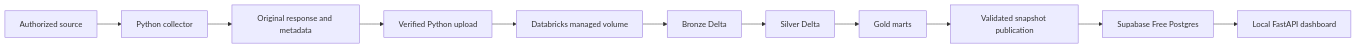
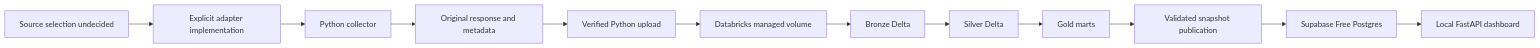
The second of 2 diagrams in docs/architecture.MD (PejaLattrell/QueryWork-PH), drawn with Mermaid before and after one commit. The commit also changed other lines of this file and 27 other files, not shown here.

````diff
--- a/docs/architecture.MD
+++ b/docs/architecture.MD
@@ -26,13 +23,14 @@
 ```mermaid
 flowchart LR
-    Source[Authorized source] --> Collect[Python collector]
+    Select[Source selection undecided] --> Adapter[Explicit adapter implementation]
+    Adapter --> Collect[Python collector]
     Collect --> Raw[Original response and metadata]
     Raw --> Upload[Verified Python upload]
     Upload --> Landing[Databricks managed volume]
     Landing --> Bronze[Bronze Delta]
     Bronze --> Silver[Silver Delta]
     Silver --> Gold[Gold marts]
     Gold --> Publish[Validated snapshot publication]
     Publish --> DB[Supabase Free Postgres]
     DB --> App[Local FastAPI dashboard]
 ```
````
